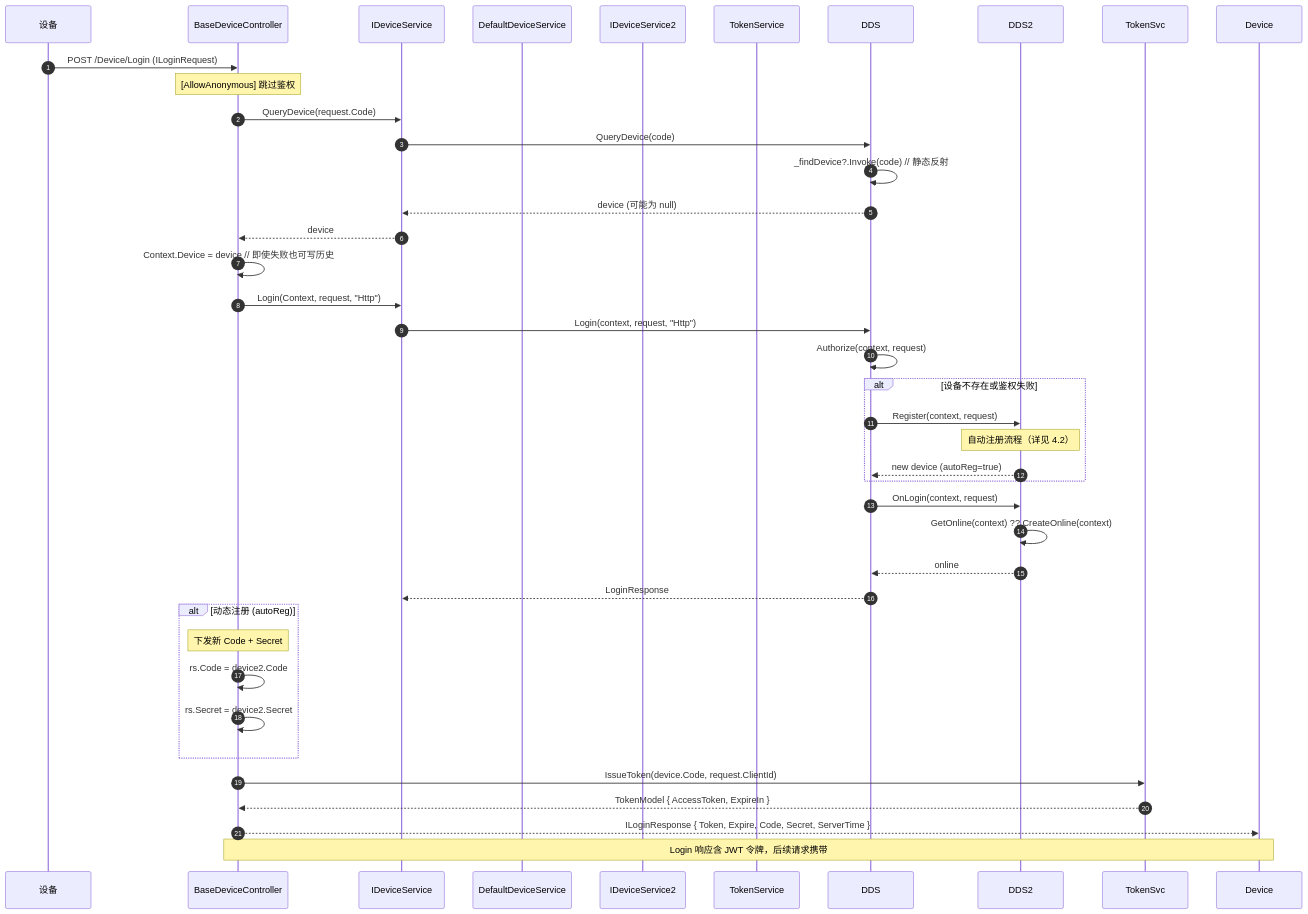
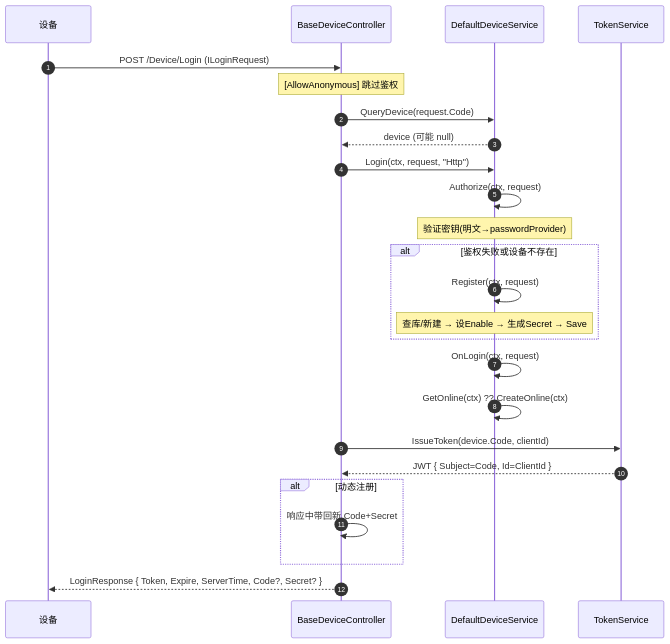
Before and after one commit to NewLifeX/NewLife.Remoting: the third of 10 diagrams in Doc/SRV-服务端架构.md, drawn with Mermaid. The commit also changed other lines of this file, not shown here.

First line of the commit message:
重构并优化登录/注册/心跳流程时序图

````diff
--- a/Doc/SRV-服务端架构.md
+++ b/Doc/SRV-服务端架构.md
@@ -103,48 +103,35 @@
 ```mermaid
 sequenceDiagram
     autonumber
     participant D as 设备
     participant BC as BaseDeviceController
-    participant Svc as IDeviceService
-    participant DS as DefaultDeviceService
-    participant DS2 as IDeviceService2
+    participant Svc as DefaultDeviceService
     participant Token as TokenService
 
     D->>BC: POST /Device/Login (ILoginRequest)
     Note over BC: [AllowAnonymous] 跳过鉴权
 
     BC->>Svc: QueryDevice(request.Code)
-    Svc->>DDS: QueryDevice(code)
-    DDS->>DDS: _findDevice?.Invoke(code)  // 静态反射
-    DDS-->>Svc: device (可能为 null)
-    Svc-->>BC: device
+    Svc-->>BC: device (可能 null)
 
-    BC->>BC: Context.Device = device  // 即使失败也可写历史
+    BC->>Svc: Login(ctx, request, "Http")
+    Svc->>Svc: Authorize(ctx, request)
+    Note over Svc: 验证密钥(明文→passwordProvider)
 
-    BC->>Svc: Login(Context, request, "Http")
-    Svc->>DDS: Login(context, request, "Http")
-    DDS->>DDS: Authorize(context, request)
-
-    alt 设备不存在或鉴权失败
-        DDS->>DDS2: Register(context, request)
-        Note over DDS2: 自动注册流程（详见 4.2）
-        DDS2-->>DDS: new device (autoReg=true)
+    alt 鉴权失败或设备不存在
+        Svc->>Svc: Register(ctx, request)
+        Note over Svc: 查库/新建 → 设Enable → 生成Secret → Save
     end
 
-    DDS->>DDS2: OnLogin(context, request)
-    DDS2->>DDS2: GetOnline(context) ?? CreateOnline(context)
-    DDS2-->>DDS: online
-    DDS-->>Svc: LoginResponse
+    Svc->>Svc: OnLogin(ctx, request)
+    Svc->>Svc: GetOnline(ctx) ?? CreateOnline(ctx)
 
-    alt 动态注册 (autoReg)
-        Note over BC: 下发新 Code + Secret
-        BC->>BC: rs.Code = device2.Code
-        BC->>BC: rs.Secret = device2.Secret
+    BC->>Token: IssueToken(device.Code, clientId)
+    Token-->>BC: JWT { Subject=Code, Id=ClientId }
+
+    alt 动态注册
+        BC->>BC: 响应中带回新 Code+Secret
     end
 
-    BC->>TokenSvc: IssueToken(device.Code, request.ClientId)
-    TokenSvc-->>BC: TokenModel { AccessToken, ExpireIn }
-
-    BC-->>Device: ILoginResponse { Token, Expire, Code, Secret, ServerTime }
-    Note over BC,Device: Login 响应含 JWT 令牌，后续请求携带
+    BC-->>D: LoginResponse { Token, Expire, ServerTime, Code?, Secret? }
 ```
````
